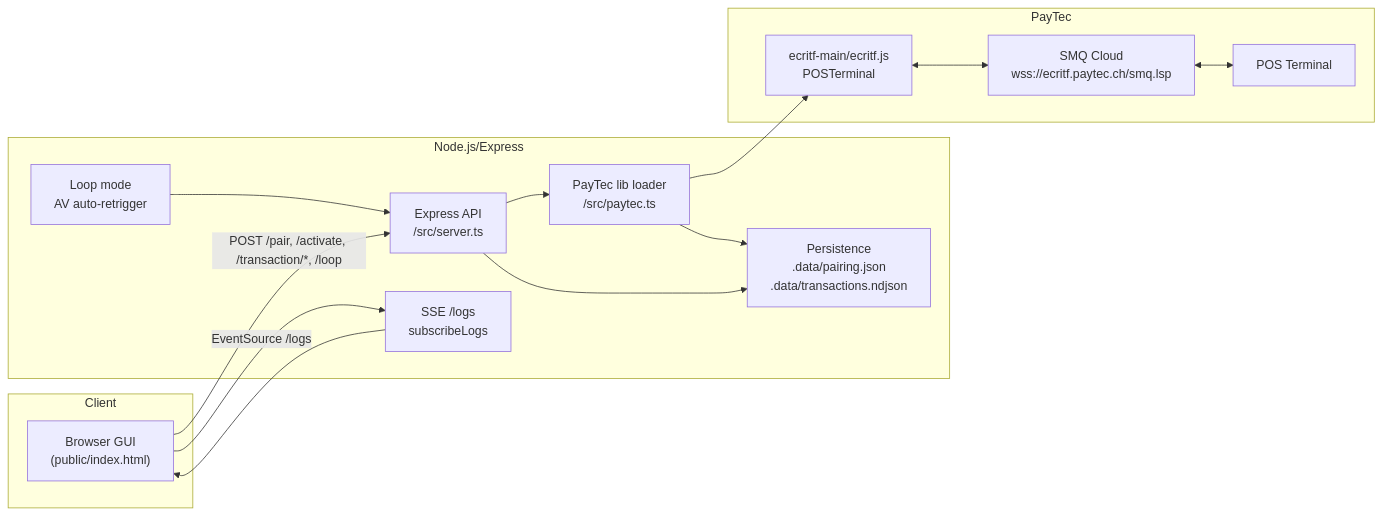
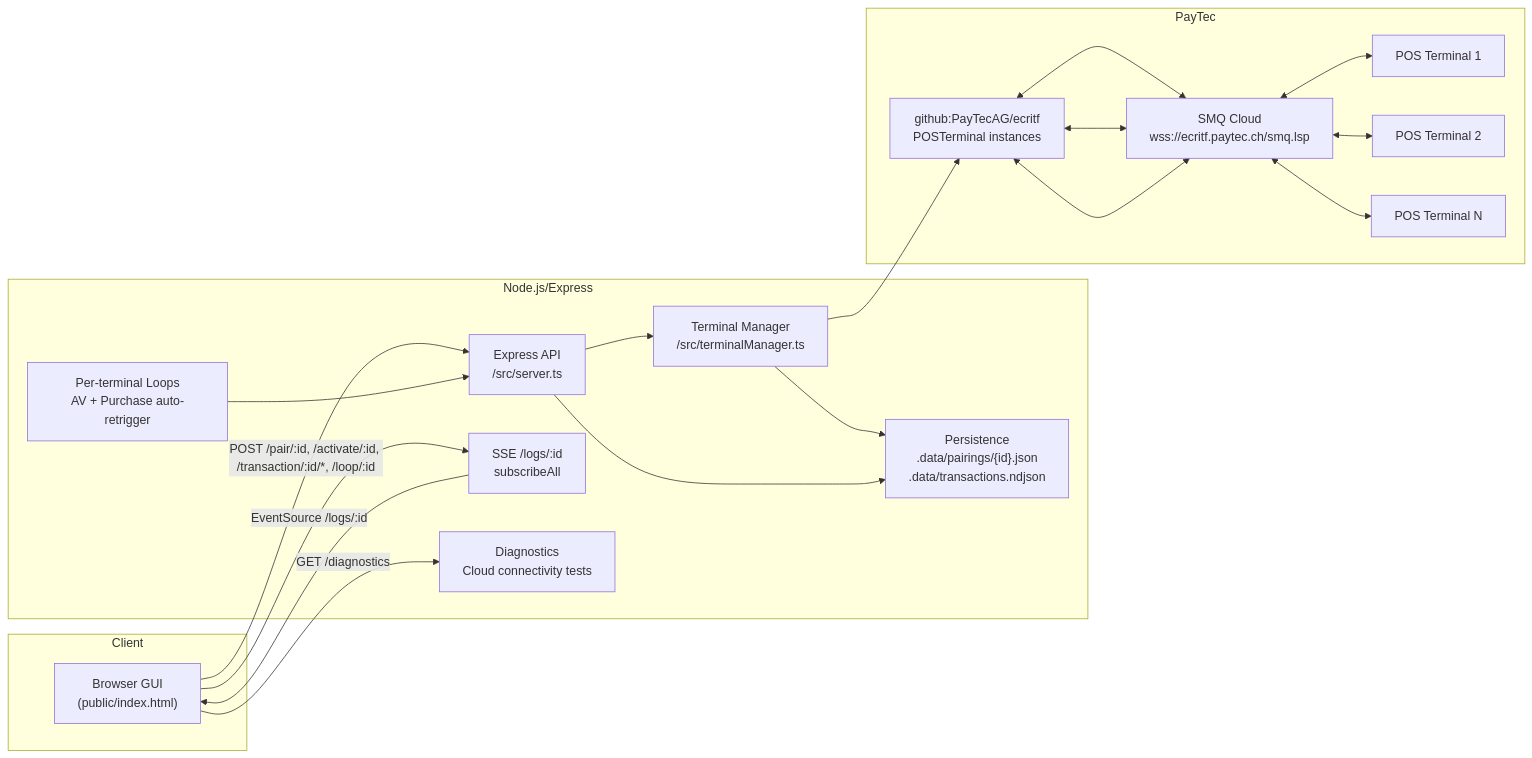
One commit to leteffe/eftkey changed the first of 2 diagrams in README.md. Above: the diagram before and after it, drawn with Mermaid. The commit also changed other lines of this file and 7 other files, not shown here.

````diff
--- a/README.md
+++ b/README.md
@@ -115,30 +131,36 @@
 ```mermaid
 flowchart LR
   subgraph Client
     GUI["Browser GUI\n(public/index.html)"]
   end
 
   subgraph Server[Node.js/Express]
     API["Express API\n/src/server.ts"]
-    LOGS["SSE /logs\nsubscribeLogs"]
-    LOOP["Loop mode\nAV auto-retrigger"]
-    PERSIST["Persistence\n.data/pairing.json\n.data/transactions.ndjson"]
-    LIB["PayTec lib loader\n/src/paytec.ts"]
+    TM["Terminal Manager\n/src/terminalManager.ts"]
+    LOGS["SSE /logs/:id\nsubscribeAll"]
+    LOOP["Per-terminal Loops\nAV + Purchase auto-retrigger"]
+    PERSIST["Persistence\n.data/pairings/{id}.json\n.data/transactions.ndjson"]
+    DIAG["Diagnostics\nCloud connectivity tests"]
   end
 
   subgraph PayTec
-    ECRITF["ecritf-main/ecritf.js\nPOSTerminal"]
+    ECRITF["github:PayTecAG/ecritf\nPOSTerminal instances"]
     CLOUD["SMQ Cloud\nwss://ecritf.paytec.ch/smq.lsp"]
-    TERM["POS Terminal"]
+    TERM1["POS Terminal 1"]
+    TERM2["POS Terminal 2"]
+    TERMN["POS Terminal N"]
   end
 
-  GUI -- "POST /pair, /activate, /transaction/*, /loop" --> API
-  GUI -- "EventSource /logs" --> LOGS
-  API --> LIB
-  LIB --> ECRITF
-  ECRITF <--> CLOUD <--> TERM
-  LIB --> PERSIST
+  GUI -- "POST /pair/:id, /activate/:id, /transaction/:id/*, /loop/:id" --> API
+  GUI -- "EventSource /logs/:id" --> LOGS
+  GUI -- "GET /diagnostics" --> DIAG
+  API --> TM
+  TM --> ECRITF
+  ECRITF <--> CLOUD <--> TERM1
+  ECRITF <--> CLOUD <--> TERM2
+  ECRITF <--> CLOUD <--> TERMN
+  TM --> PERSIST
   API --> PERSIST
   LOOP --> API
   LOGS --> GUI
 ```
````
